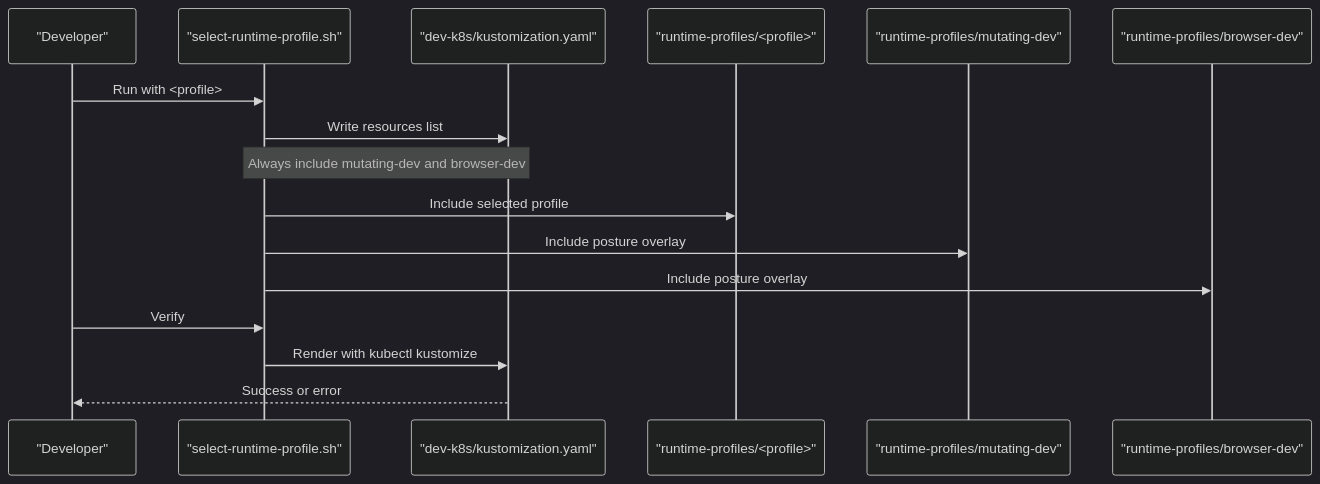
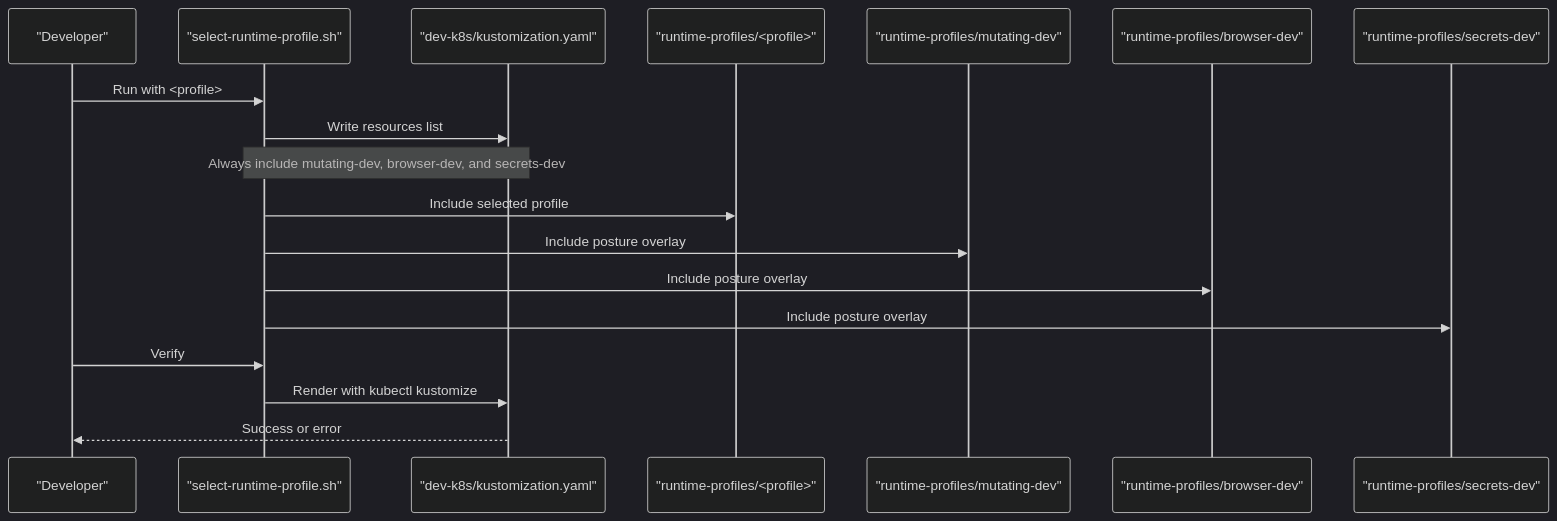
One commit to metasync/luban-aiops changed the second of 7 diagrams in .qoder/repowiki/en/content/Deployment and Operations/Kubernetes Deployment/Runtime Profiles.md. Above: the diagram before and after it, drawn with Mermaid (dark theme). The commit also changed other lines of this file and 56 other files, not shown here.

````diff
--- a/.qoder/repowiki/en/content/Deployment and Operations/Kubernetes Deployment/Runtime Profiles.md
+++ b/.qoder/repowiki/en/content/Deployment and Operations/Kubernetes Deployment/Runtime Profiles.md
@@ -102,18 +112,20 @@
 ```mermaid
 sequenceDiagram
 participant Dev as "Developer"
 participant Sel as "select-runtime-profile.sh"
 participant Kum as "dev-k8s/kustomization.yaml"
 participant Prof as "runtime-profiles/<profile>"
 participant PostM as "runtime-profiles/mutating-dev"
 participant PostB as "runtime-profiles/browser-dev"
+participant PostS as "runtime-profiles/secrets-dev"
 Dev->>Sel : Run with <profile>
 Sel->>Kum : Write resources list
-Note over Sel,Kum : Always include mutating-dev and browser-dev
+Note over Sel,Kum : Always include mutating-dev, browser-dev, and secrets-dev
 Sel->>Prof : Include selected profile
 Sel->>PostM : Include posture overlay
 Sel->>PostB : Include posture overlay
+Sel->>PostS : Include posture overlay
 Dev->>Sel : Verify
 Sel->>Kum : Render with kubectl kustomize
 Kum-->>Dev : Success or error
 ```
````
